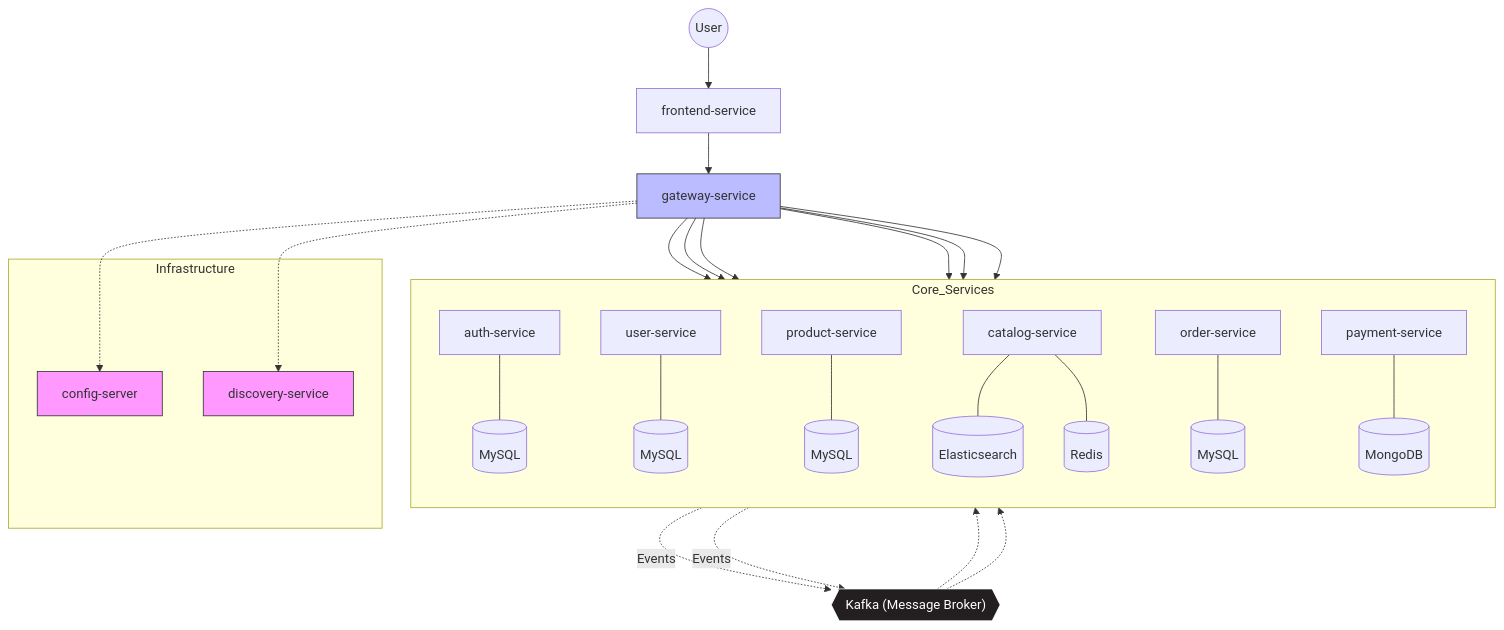
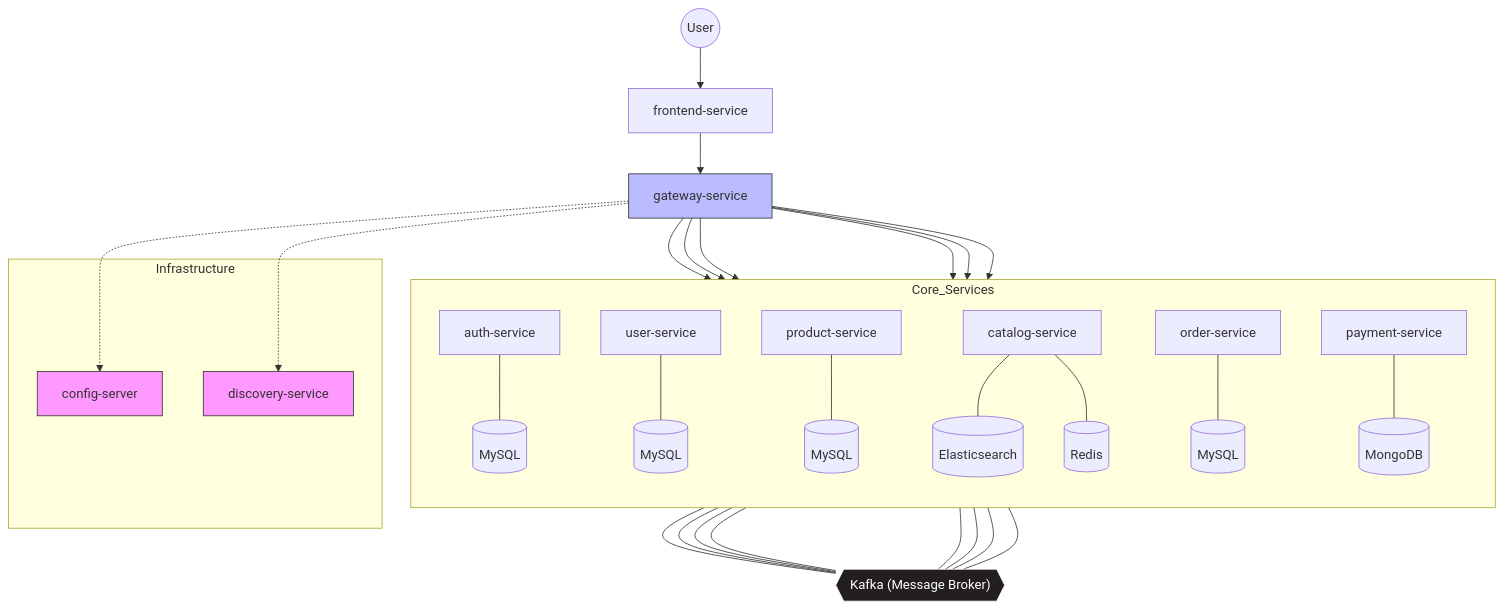
Before and after one commit to gr1993/ecommerce-msa: the first of 3 diagrams in README.md, drawn with Mermaid.

Commit message:
docs: README에 아키텍처 구성도 링크 수정

````diff
--- a/README.md
+++ b/README.md
@@ -12,61 +12,68 @@
 ```mermaid
 flowchart TD
     %% 사용자 및 프론트엔드
     User((User)) --> FE[frontend-service]
     FE --> GW[gateway-service]
 
     %% 인프라 서비스
     subgraph Infrastructure
         Config[config-server]
         Discovery[discovery-service]
     end
 
     GW -.-> Discovery
     GW -.-> Config
 
     %% 비즈니스 서비스 및 DB
     subgraph Core_Services
         direction TB
         Auth[auth-service] --- AuthDB[(MySQL)]
         UserS[user-service] --- UserDB[(MySQL)]
         Prod[product-service] --- ProdDB[(MySQL)]
         Cat[catalog-service] --- CatES[(Elasticsearch)]
         Cat --- CatRedis[(Redis)]
         Order[order-service] --- OrderDB[(MySQL)]
         Pay[payment-service] --- PayDB[(MongoDB)]
     end
 
     %% API 라우팅
     GW --> Auth
     GW --> UserS
     GW --> Prod
     GW --> Cat
     GW --> Order
     GW --> Pay
 
-    %% 메시지 브로커 (Kafka)
+    %% 메시지 브로커 (Kafka) 연결: 비즈니스 로직을 배제한 구조적 연결
     Kafka{{"Kafka (Message Broker)"}}
 
-    Prod -.->|Events| Kafka
-    Order -.->|Events| Kafka
-    Kafka -.-> Cat
-    Kafka -.-> Pay
+    %% 발행(Pub) 측면
+    Auth --- Kafka
+    UserS --- Kafka
+    Prod --- Kafka
+    Order --- Kafka
+    
+    %% 구독(Sub) 측면
+    Kafka --- Cat
+    Kafka --- Pay
+    Kafka --- Prod
+    Kafka --- Order
 
     %% 스타일 설정
     style Kafka fill:#231F20,stroke:#FFF,color:#FFF
     style Discovery fill:#f9f,stroke:#333
     style Config fill:#f9f,stroke:#333
     style GW fill:#bbf,stroke:#333
     
-    %% 서비스 노드 클릭 시 디렉토리로 이동하는 링크 설정
-    click FE "./service/frontend-service" "Go to Frontend Service"
-    click GW "./service/gateway-service" "Go to Gateway Service"
-    click Config "./service/config-server" "Go to Config Server"
-    click Discovery "./service/discovery-service" "Go to Discovery Service"
-    click Auth "./service/auth-service" "Go to Auth Service"
-    click UserS "./service/user-service" "Go to User Service"
-    click Prod "./service/product-service" "Go to Product Service"
-    click Cat "./service/catalog-service" "Go to Catalog Service"
-    click Order "./service/order-service" "Go to Order Service"
-    click Pay "./service/payment-service" "Go to Payment Service"
+    %% GitHub 레포지토리 풀 경로 링크 설정
+    click FE "https://github.com/gr1993/ecommerce-msa/tree/main/service/frontend-service" "Go to Frontend"
+    click GW "https://github.com/gr1993/ecommerce-msa/tree/main/service/gateway-service" "Go to Gateway"
+    click Config "https://github.com/gr1993/ecommerce-msa/tree/main/service/config-server" "Go to Config"
+    click Discovery "https://github.com/gr1993/ecommerce-msa/tree/main/service/discovery-service" "Go to Discovery"
+    click Auth "https://github.com/gr1993/ecommerce-msa/tree/main/service/auth-service" "Go to Auth"
+    click UserS "https://github.com/gr1993/ecommerce-msa/tree/main/service/user-service" "Go to User"
+    click Prod "https://github.com/gr1993/ecommerce-msa/tree/main/service/product-service" "Go to Product"
+    click Cat "https://github.com/gr1993/ecommerce-msa/tree/main/service/catalog-service" "Go to Catalog"
+    click Order "https://github.com/gr1993/ecommerce-msa/tree/main/service/order-service" "Go to Order"
+    click Pay "https://github.com/gr1993/ecommerce-msa/tree/main/service/payment-service" "Go to Payment"
 ```
````
